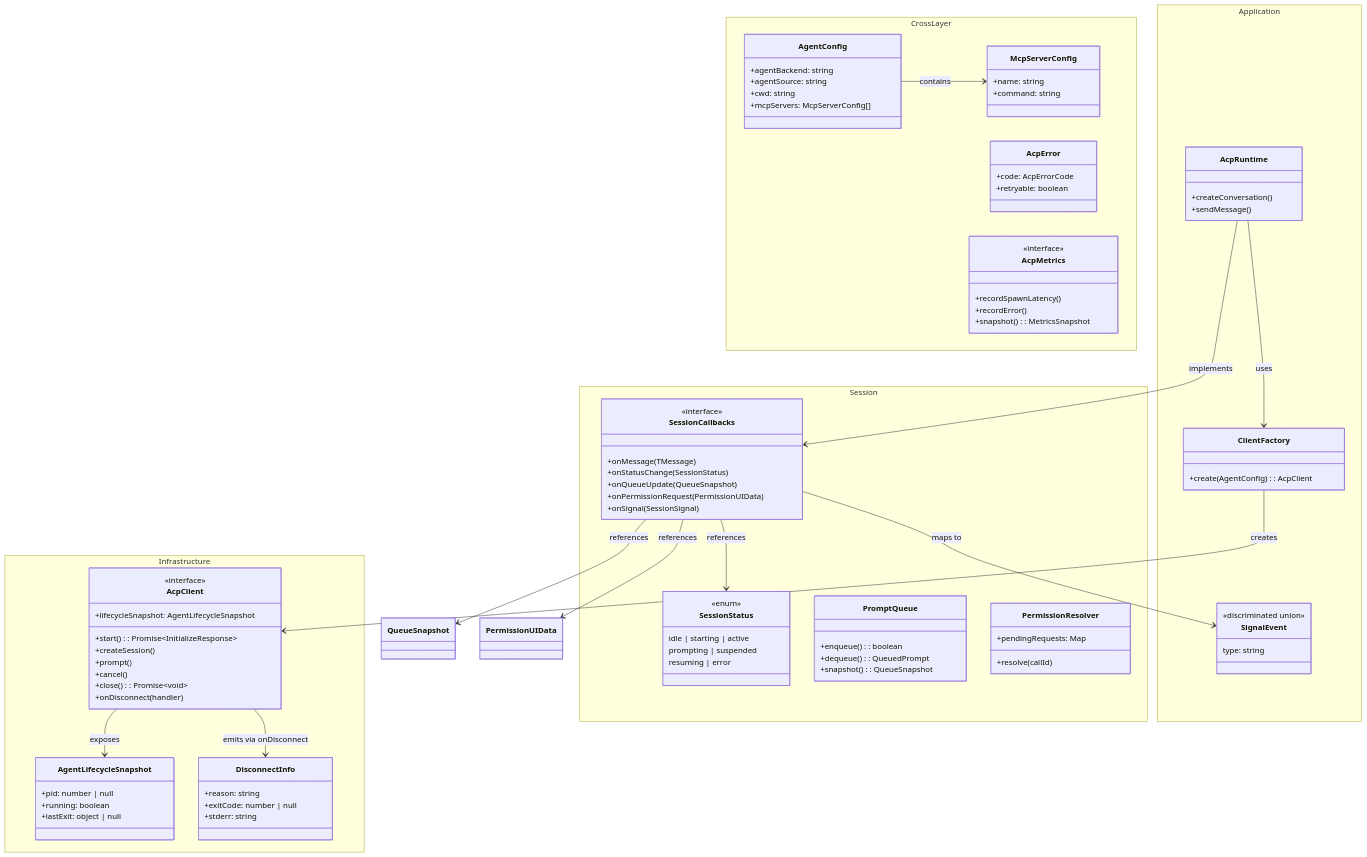
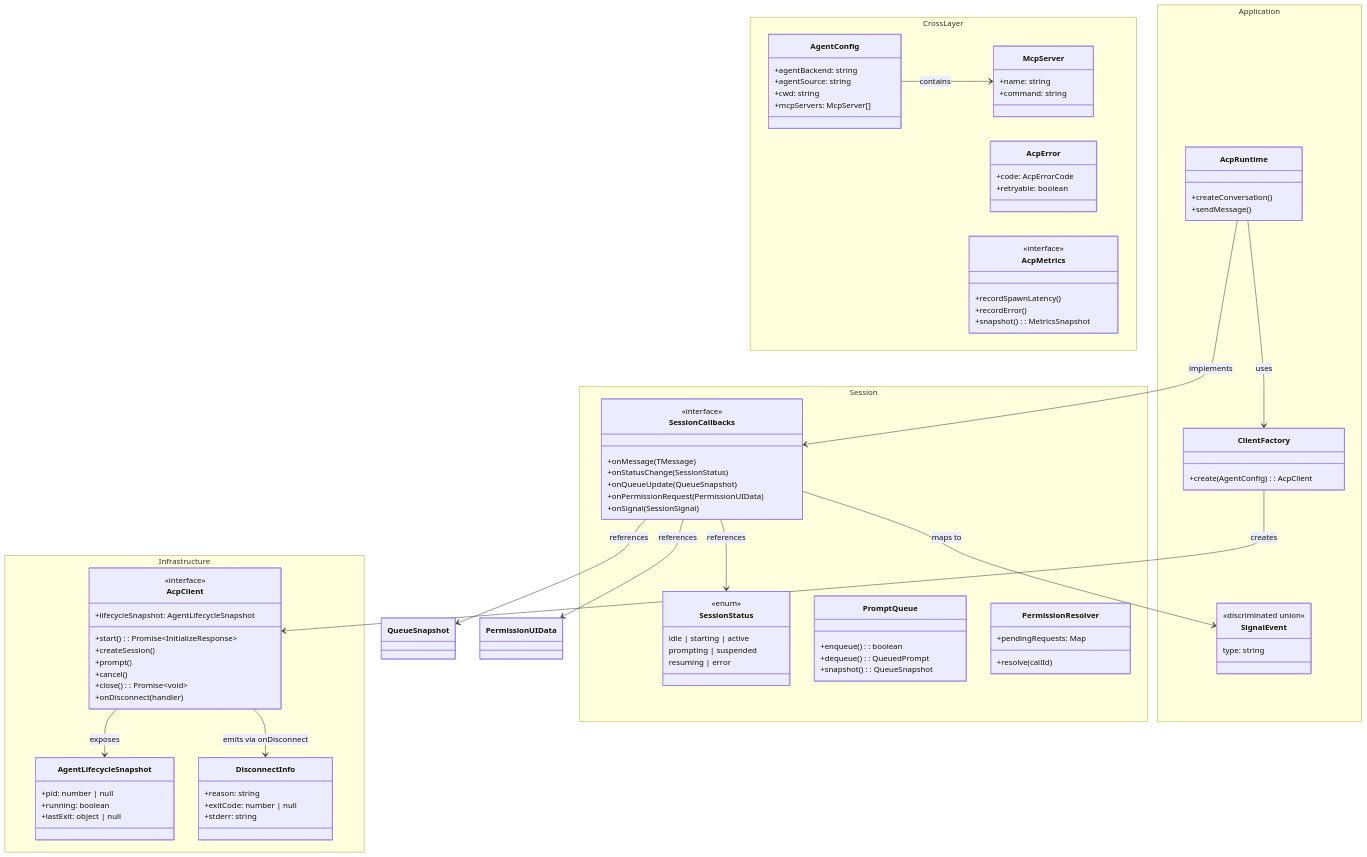
The diagram in docs/feature/acp-rewrite/04-type-catalog.md (iOfficeAI/AionUi), drawn with Mermaid before and after one commit. The commit also changed other lines of this file and 4 other files, not shown here.

````diff
--- a/docs/feature/acp-rewrite/04-type-catalog.md
+++ b/docs/feature/acp-rewrite/04-type-catalog.md
@@ -979,9 +872,9 @@
             +agentBackend: string
             +agentSource: string
             +cwd: string
-            +mcpServers: McpServerConfig[]
+            +mcpServers: McpServer[]
         }
-        class McpServerConfig {
+        class McpServer {
             +name: string
             +command: string
         }
@@ -1069,5 +962,5 @@
     SessionCallbacks --> QueueSnapshot : references
     SessionCallbacks --> PermissionUIData : references
     SessionCallbacks --> SignalEvent : maps to
-    AgentConfig --> McpServerConfig : contains
+    AgentConfig --> McpServer : contains
 ```
````
